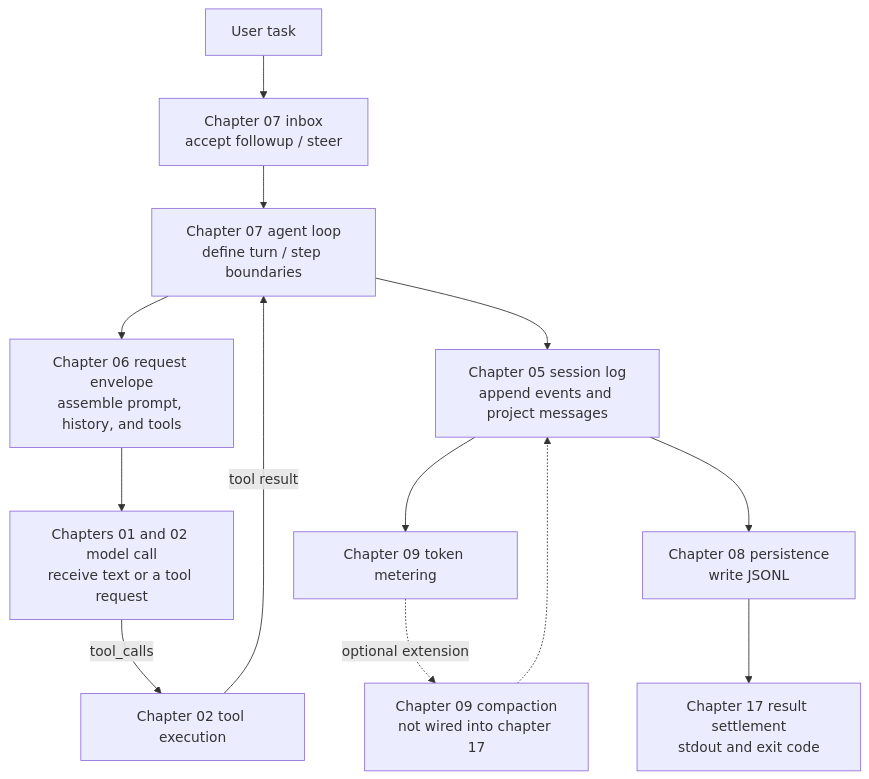
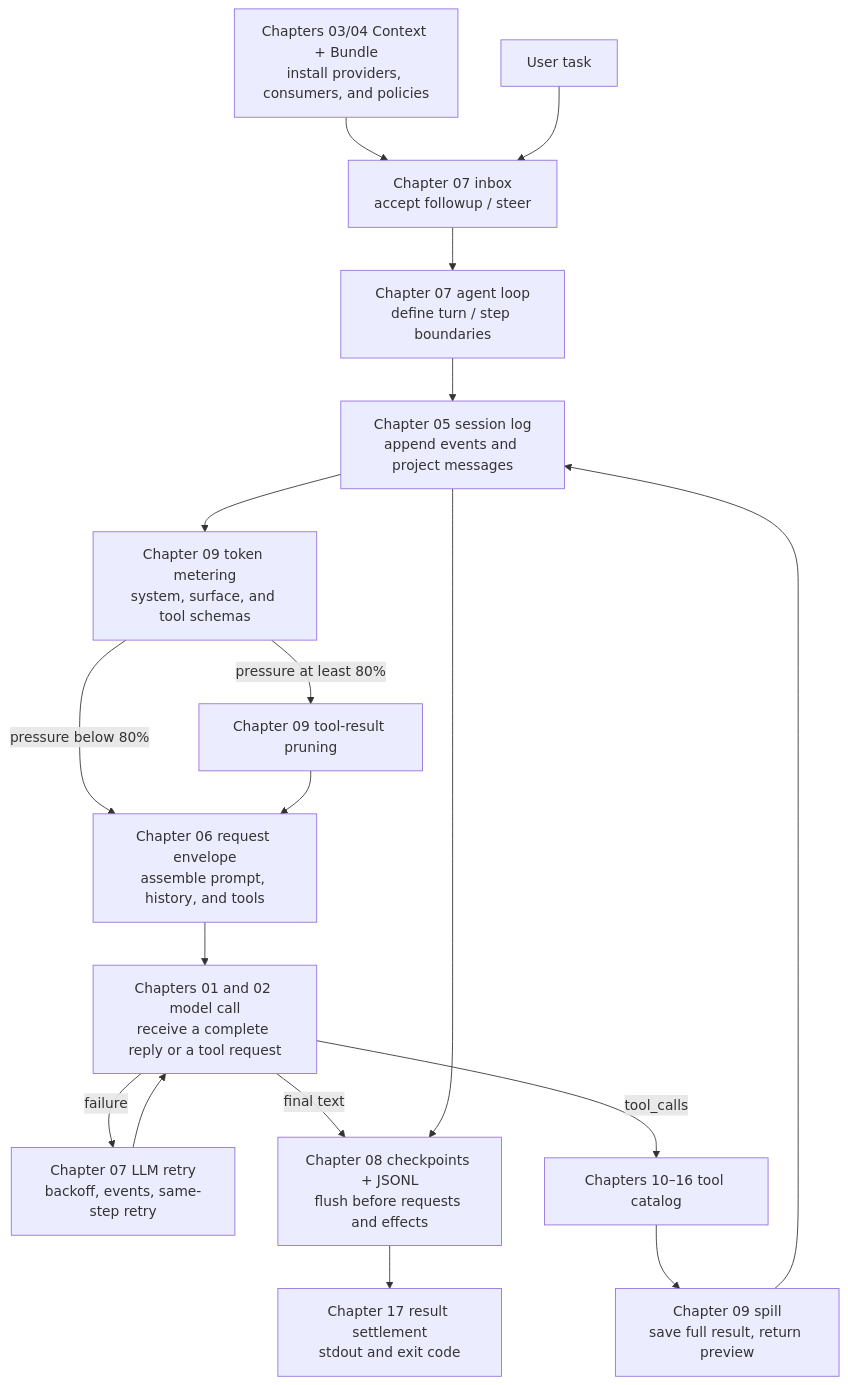
One commit to warmsum/mini-harness changed the diagram in README_EN.md. Above: the diagram before and after it, drawn with Mermaid. The commit also changed other lines of this file and 72 other files, not shown here.

````diff
--- a/README_EN.md
+++ b/README_EN.md
@@ -135,15 +135,20 @@
 ```mermaid
 flowchart TB
+    BUNDLE[Chapters 03/04 Context + Bundle<br>install providers, consumers, and policies] --> INBOX
     TASK[User task] --> INBOX[Chapter 07 inbox<br>accept followup / steer]
     INBOX --> LOOP[Chapter 07 agent loop<br>define turn / step boundaries]
-    LOOP --> ENV[Chapter 06 request envelope<br>assemble prompt, history, and tools]
-    ENV --> CALL[Chapters 01 and 02 model call<br>receive text or a tool request]
-    CALL -->|tool_calls| TOOLS[Chapter 02 tool execution]
-    TOOLS -->|tool result| LOOP
     LOOP --> LOG[Chapter 05 session log<br>append events and project messages]
-    LOG --> METER[Chapter 09 token metering]
-    METER -.->|optional extension| COMPACT[Chapter 09 compaction<br>not wired into chapter 17]
-    COMPACT -.-> LOG
-    LOG --> PERSIST[Chapter 08 persistence<br>write JSONL]
+    LOG --> METER[Chapter 09 token metering<br>system, surface, and tool schemas]
+    METER -->|pressure below 80%| ENV[Chapter 06 request envelope<br>assemble prompt, history, and tools]
+    METER -->|pressure at least 80%| PRUNE[Chapter 09 tool-result pruning]
+    PRUNE --> ENV
+    ENV --> CALL[Chapters 01 and 02 model call<br>receive a complete reply or a tool request]
+    CALL -->|failure| RETRY[Chapter 07 LLM retry<br>backoff, events, same-step retry]
+    RETRY --> CALL
+    CALL -->|final text| PERSIST
+    CALL -->|tool_calls| TOOLS[Chapters 10–16 tool catalog]
+    TOOLS --> SPILL[Chapter 09 spill<br>save full result, return preview]
+    SPILL --> LOG
+    LOG --> PERSIST[Chapter 08 checkpoints + JSONL<br>flush before requests and effects]
     PERSIST --> OUT[Chapter 17 result settlement<br>stdout and exit code]
 ```
````
